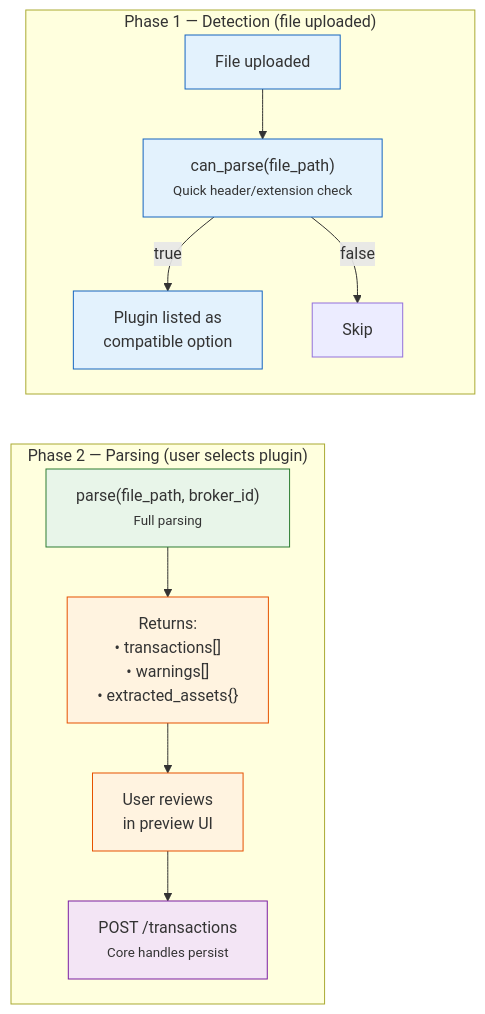
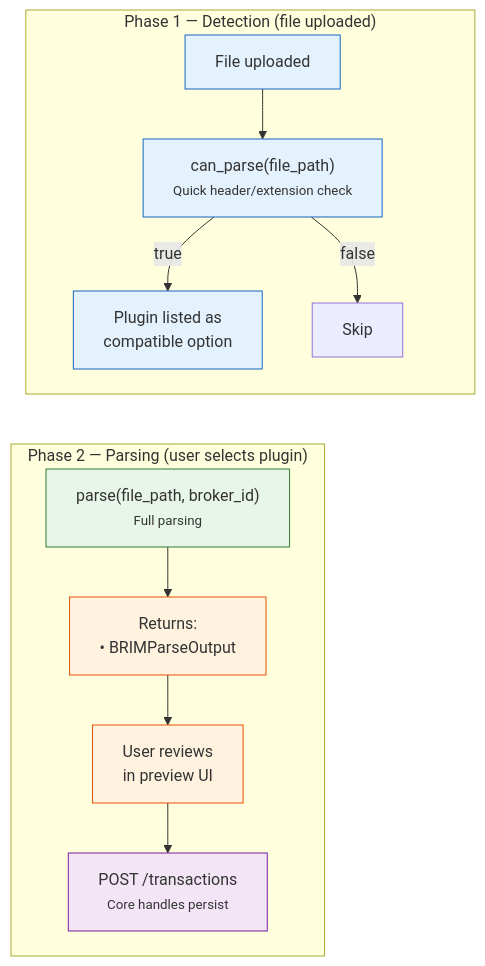
Before and after one commit to Librefolio/LibreFolio: the diagram in mkdocs_src/docs/developer/architecture/patterns/brim_plugin_guide.md, drawn with Mermaid. The commit also changed other lines of this file and 40 other files, not shown here.

````diff
--- a/mkdocs_src/docs/developer/architecture/patterns/brim_plugin_guide.md
+++ b/mkdocs_src/docs/developer/architecture/patterns/brim_plugin_guide.md
@@ -15,24 +15,24 @@
 ```mermaid
 graph TD
     subgraph "Phase 1 — Detection (file uploaded)"
         D1["File uploaded"] --> D2["can_parse(file_path)<br/><small>Quick header/extension check</small>"]
         D2 -->|true| D3["Plugin listed as<br/>compatible option"]
         D2 -->|false| D4["Skip"]
     end
 
     subgraph "Phase 2 — Parsing (user selects plugin)"
-        P1["parse(file_path, broker_id)<br/><small>Full parsing</small>"] --> P2["Returns:<br/>• transactions[]<br/>• warnings[]<br/>• extracted_assets{}"]
+        P1["parse(file_path, broker_id)<br/><small>Full parsing</small>"] --> P2["Returns:<br/>• BRIMParseOutput"]
         P2 --> P3["User reviews<br/>in preview UI"]
         P3 --> P4["POST /transactions<br/><small>Core handles persist</small>"]
     end
 
     D3 ~~~ P1
 
     style D1 fill:#e3f2fd,stroke:#1565c0
     style D2 fill:#e3f2fd,stroke:#1565c0
     style D3 fill:#e3f2fd,stroke:#1565c0
     style P1 fill:#e8f5e9,stroke:#2e7d32
     style P2 fill:#fff3e0,stroke:#e65100
     style P3 fill:#fff3e0,stroke:#e65100
     style P4 fill:#f3e5f5,stroke:#7b1fa2
 ```
````
